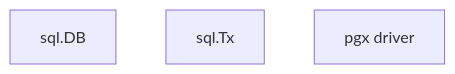
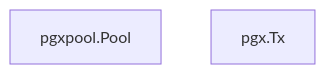
Before and after one commit to Tomy-ch/go-boilerplate: the second of 4 diagrams in internal/infrastructure/rdb/driver/README.ja.md, drawn with Mermaid. The commit also changed other lines of this file and 2 other files, not shown here.

````diff
--- a/internal/infrastructure/rdb/driver/README.ja.md
+++ b/internal/infrastructure/rdb/driver/README.ja.md
@@ -32,6 +32,5 @@
 ```mermaid
 flowchart TB
-    A["sql.DB"]
-    B["sql.Tx"]
-    C["pgx driver"]
+    A["pgxpool.Pool"]
+    B["pgx.Tx"]
 ```
````
